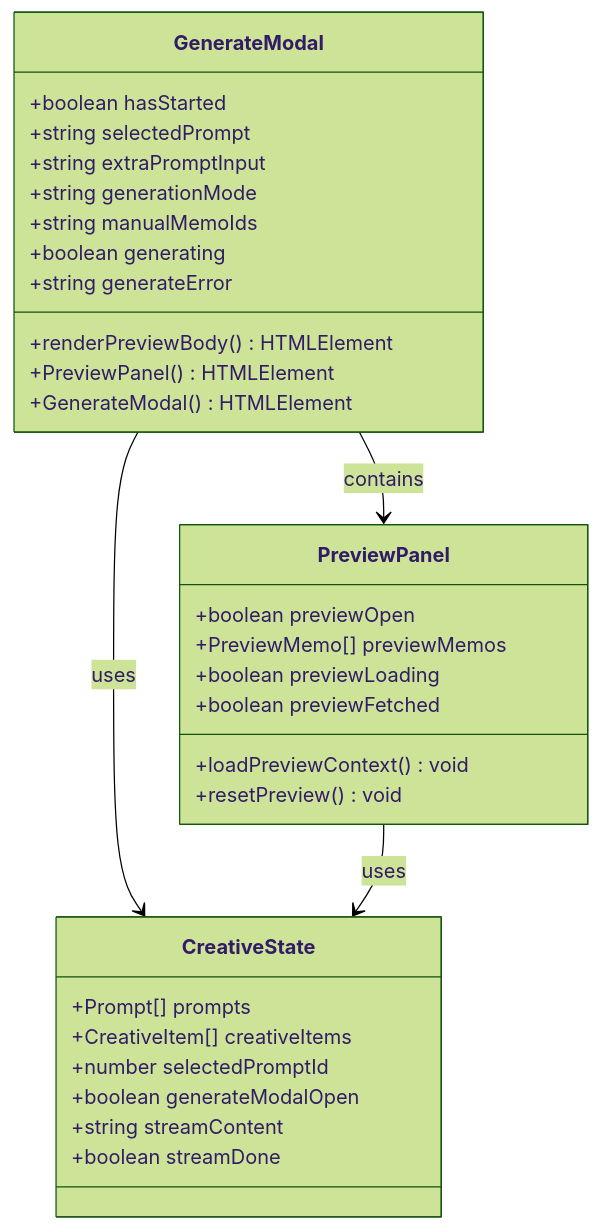
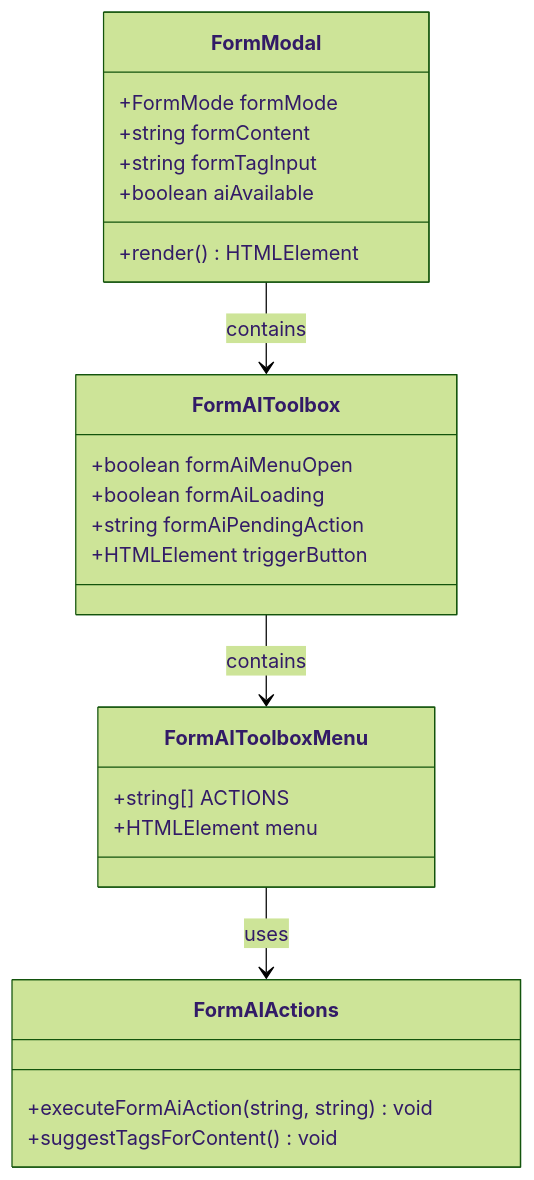
One commit to BlackBoxRecorder/memos changed the seventh of 9 diagrams in .qoder/repowiki/zh/content/核心功能/AI写作工具箱设计规格.md. Above: the diagram before and after it, drawn with Mermaid (forest theme). The commit also changed other lines of this file and 12 other files, not shown here.

````diff
--- a/.qoder/repowiki/zh/content/核心功能/AI写作工具箱设计规格.md
+++ b/.qoder/repowiki/zh/content/核心功能/AI写作工具箱设计规格.md
@@ -290,34 +366,27 @@
 ```mermaid
 classDiagram
-class GenerateModal {
-+boolean hasStarted
-+string selectedPrompt
-+string extraPromptInput
-+string generationMode
-+string manualMemoIds
-+boolean generating
-+string generateError
-+renderPreviewBody() HTMLElement
-+PreviewPanel() HTMLElement
-+GenerateModal() HTMLElement
+class FormModal {
++FormMode formMode
++string formContent
++string formTagInput
++boolean aiAvailable
++render() HTMLElement
 }
-class PreviewPanel {
-+boolean previewOpen
-+PreviewMemo[] previewMemos
-+boolean previewLoading
-+boolean previewFetched
-+loadPreviewContext() void
-+resetPreview() void
+class FormAIToolbox {
++boolean formAiMenuOpen
++boolean formAiLoading
++string formAiPendingAction
++HTMLElement triggerButton
 }
-class CreativeState {
-+Prompt[] prompts
-+CreativeItem[] creativeItems
-+number selectedPromptId
-+boolean generateModalOpen
-+string streamContent
-+boolean streamDone
+class FormAIToolboxMenu {
++string[] ACTIONS
++HTMLElement menu
 }
-GenerateModal --> PreviewPanel : contains
-GenerateModal --> CreativeState : uses
-PreviewPanel --> CreativeState : uses
+class FormAIActions {
++executeFormAiAction(string, string) void
++suggestTagsForContent() void
+}
+FormModal --> FormAIToolbox : contains
+FormAIToolbox --> FormAIToolboxMenu : contains
+FormAIToolboxMenu --> FormAIActions : uses
 ```
````
